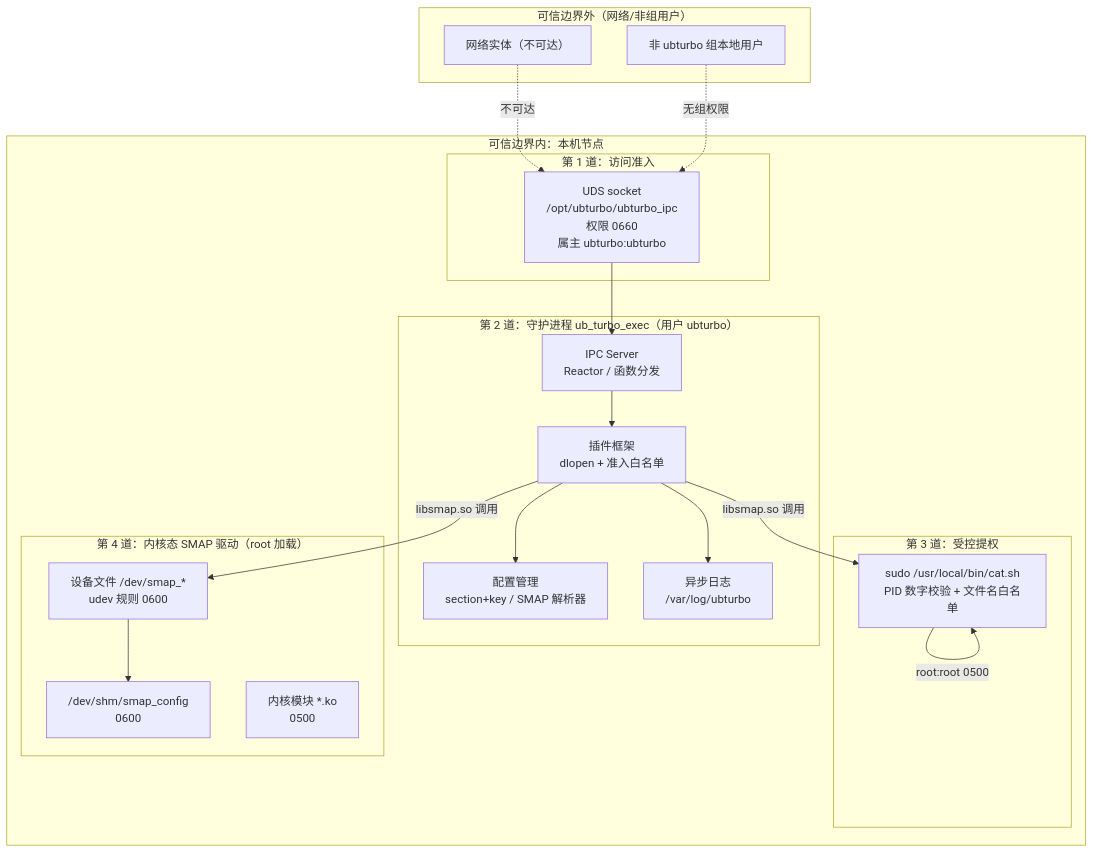
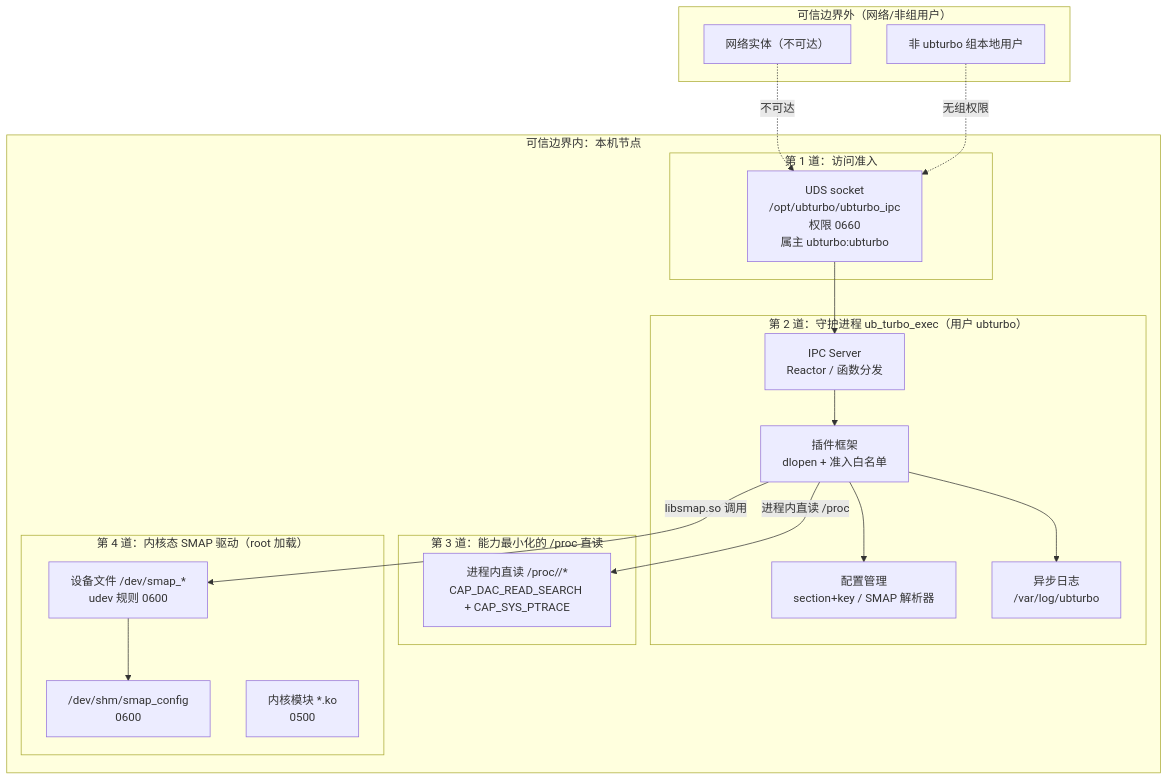
Before and after one commit to openeuler-mirror/ubturbo: the diagram in doc/ubturbo_security_description.md, drawn with Mermaid. The commit also changed other lines of this file and 24 other files, not shown here.

````diff
--- a/doc/ubturbo_security_description.md
+++ b/doc/ubturbo_security_description.md
@@ -19,37 +19,36 @@
 ```mermaid
 flowchart TB
     subgraph 节点外["可信边界外（网络/非组用户）"]
         NET["网络实体（不可达）"]
         OTHER["非 ubturbo 组本地用户"]
     end
 
     subgraph 节点内["可信边界内：本机节点"]
         subgraph 准入层["第 1 道：访问准入"]
             SOCK["UDS socket\n/opt/ubturbo/ubturbo_ipc\n权限 0660\n属主 ubturbo:ubturbo"]
         end
         subgraph 守护层["第 2 道：守护进程 ub_turbo_exec（用户 ubturbo）"]
             IPC["IPC Server\nReactor / 函数分发"]
             PLUGIN["插件框架\ndlopen + 准入白名单"]
             CONF["配置管理\nsection+key / SMAP 解析器"]
             LOG["异步日志\n/var/log/ubturbo"]
         end
-        subgraph 提权层["第 3 道：受控提权"]
-            CAT["sudo /usr/local/bin/cat.sh\nPID 数字校验 + 文件名白名单"]
+        subgraph 提权层["第 3 道：能力最小化的 /proc 直读"]
+            CAP["进程内直读 /proc/<pid>/*\nCAP_DAC_READ_SEARCH + CAP_SYS_PTRACE"]
         end
         subgraph 内核层["第 4 道：内核态 SMAP 驱动（root 加载）"]
             DEV["设备文件 /dev/smap_*\nudev 规则 0600"]
             SHM["/dev/shm/smap_config\n0600"]
             KO["内核模块 *.ko\n0500"]
         end
     end
 
     NET -.不可达.-> SOCK
     OTHER -.无组权限.-> SOCK
     SOCK --> IPC --> PLUGIN
     PLUGIN --> CONF
     PLUGIN --> LOG
-    PLUGIN -- libsmap.so 调用 --> CAT
+    PLUGIN -- 进程内直读 /proc --> CAP
     PLUGIN -- libsmap.so 调用 --> DEV
     DEV --> SHM
-    CAT -->|root:root 0500| CAT
 ```
````
